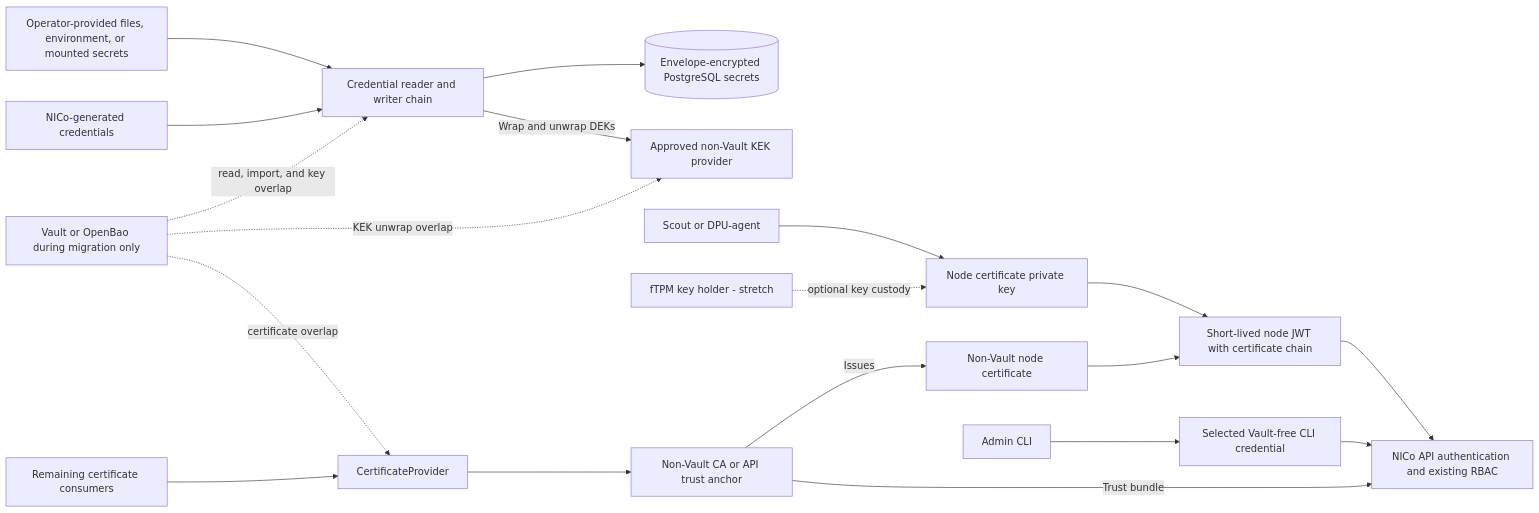
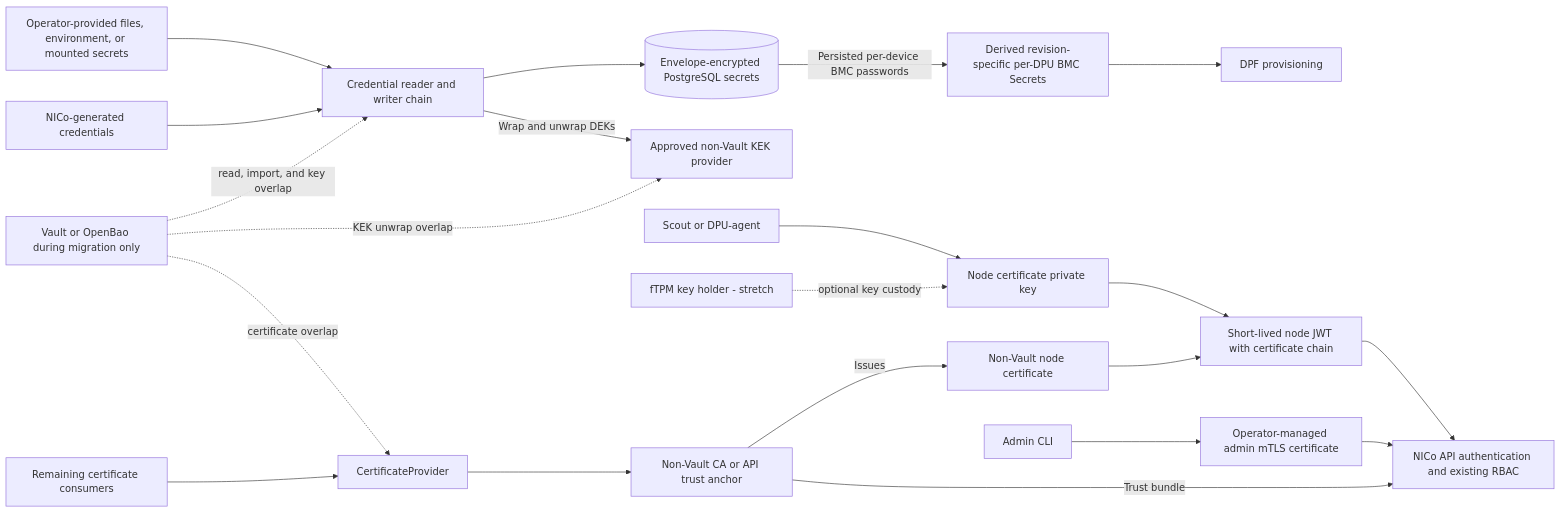
One commit to dsx-ai-factory/infra-controller changed the diagram in docs/design/eliminate-vault-dependency-design.md. Above: the diagram before and after it, drawn with Mermaid. The commit also changed other lines of this file, not shown here.

Commit message:
docs: update Vault-free DPF credential design

````diff
--- a/docs/design/eliminate-vault-dependency-design.md
+++ b/docs/design/eliminate-vault-dependency-design.md
@@ -115,44 +117,48 @@
 ```mermaid
 flowchart LR
     Inputs[Operator-provided files, environment, or mounted secrets]
     Generated[NICo-generated credentials]
     Chain[Credential reader and writer chain]
     Postgres[(Envelope-encrypted PostgreSQL secrets)]
     KMS[Approved non-Vault KEK provider]
+    DPFSecrets[Derived revision-specific per-DPU BMC Secrets]
+    DPF[DPF provisioning]
 
     Node[Scout or DPU-agent]
     NodeKey[Node certificate private key]
     NodeCert[Non-Vault node certificate]
     TPM[fTPM key holder - stretch]
     JWT[Short-lived node JWT with certificate chain]
     AdminCLI[Admin CLI]
-    AdminAuth[Selected Vault-free CLI credential]
+    AdminAuth[Operator-managed admin mTLS certificate]
     API[NICo API authentication and existing RBAC]
 
     CertConsumers[Remaining certificate consumers]
     CertProvider[CertificateProvider]
     CA[Non-Vault CA or API trust anchor]
 
     Vault[Vault or OpenBao during migration only]
 
     Inputs --> Chain
     Generated --> Chain
     Chain --> Postgres
     Chain -->|Wrap and unwrap DEKs| KMS
+    Postgres -->|Persisted per-device BMC passwords| DPFSecrets
+    DPFSecrets --> DPF
     Vault -. read, import, and key overlap .-> Chain
     Vault -. KEK unwrap overlap .-> KMS
 
     Node --> NodeKey
     NodeKey --> JWT
     TPM -. optional key custody .-> NodeKey
     CA -->|Issues| NodeCert
     CA -->|Trust bundle| API
     NodeCert --> JWT
     JWT --> API
     AdminCLI --> AdminAuth
     AdminAuth --> API
 
     CertConsumers --> CertProvider
     CertProvider --> CA
     Vault -. certificate overlap .-> CertProvider
 ```
````
